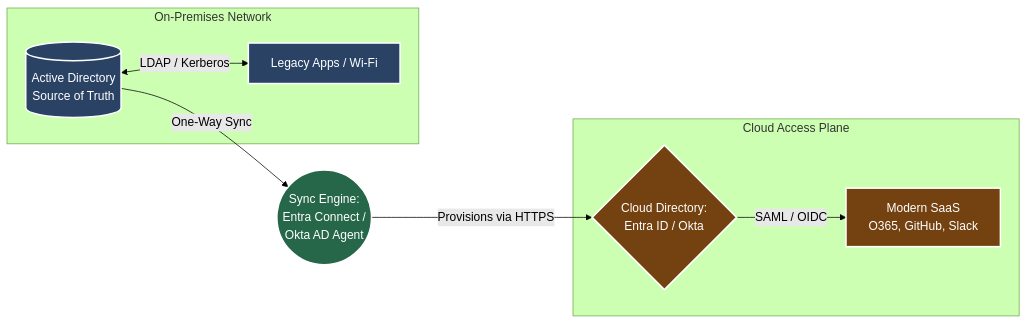
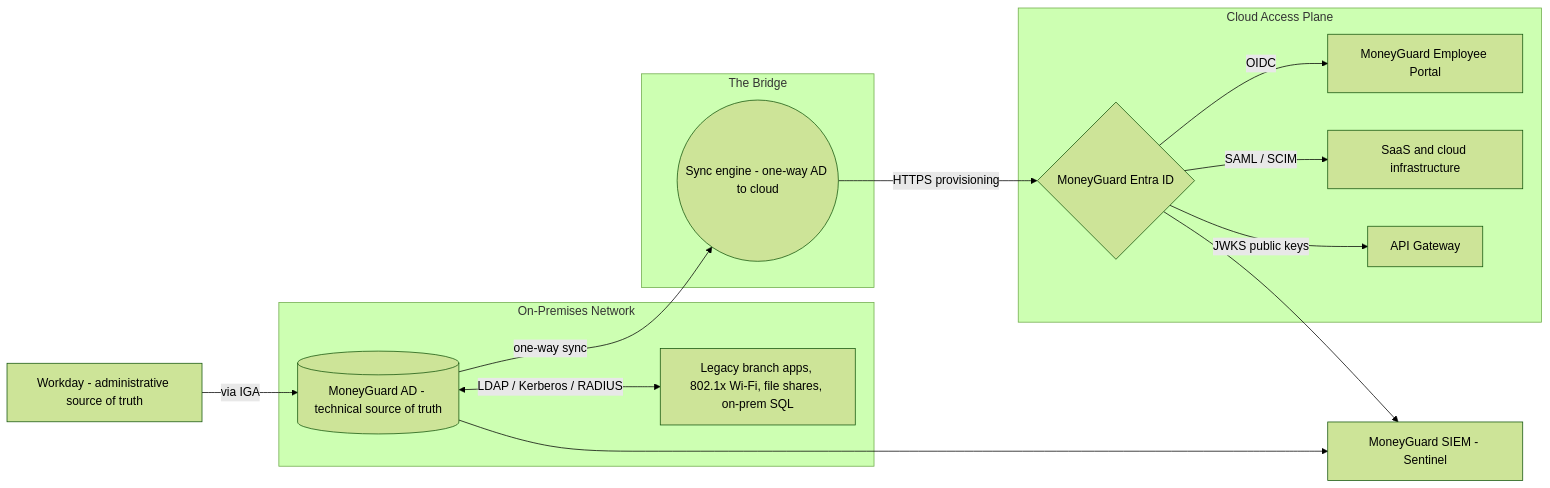
One commit to nirajp82/IdentityAccessManagement_IAM changed the second of 2 diagrams in 01_Core_IAM_Concepts/06_Identity_Repositories.md. Above: the diagram before and after it, drawn with Mermaid (forest theme). The commit also changed other lines of this file and 64 other files, not shown here.

````diff
--- a/01_Core_IAM_Concepts/06_Identity_Repositories.md
+++ b/01_Core_IAM_Concepts/06_Identity_Repositories.md
@@ -5,32 +177,28 @@
 ```mermaid
 graph LR
-    %% On-Prem
-    subgraph On-Premises Network
-        AD[(Active Directory\nSource of Truth)]
-        Legacy[Legacy Apps / Wi-Fi]
+    subgraph OnPrem["On-Premises Network"]
+        AD[(MoneyGuard AD - technical source of truth)]
+        LEGACY[Legacy branch apps, 802.1x Wi-Fi, file shares, on-prem SQL]
     end
 
-    %% Sync Engine
-    Sync((Sync Engine:\nEntra Connect /\nOkta AD Agent))
-
-    %% Cloud
-    subgraph Cloud Access Plane
-        IDP{Cloud Directory:\nEntra ID / Okta}
-        SaaS[Modern SaaS\nO365, GitHub, Slack]
+    subgraph Bridge["The Bridge"]
+        SYNC((Sync engine - one-way AD to cloud))
     end
 
-    %% Connections
-    AD <-->|LDAP / Kerberos| Legacy
-    AD -->|One-Way Sync| Sync
-    Sync -->|Provisions via HTTPS| IDP
-    IDP -->|SAML / OIDC| SaaS
-    
-    classDef onprem fill:#2a4365,stroke:#fff,stroke-width:2px,color:#fff;
-    classDef sync fill:#276749,stroke:#fff,stroke-width:2px,color:#fff;
-    classDef cloud fill:#744210,stroke:#fff,stroke-width:2px,color:#fff;
-    
-    class AD,Legacy onprem;
-    class Sync sync;
-    class IDP,SaaS cloud;
+    subgraph Cloud["Cloud Access Plane"]
+        ENTRA{MoneyGuard Entra ID}
+        PORTAL[MoneyGuard Employee Portal]
+        SAAS[SaaS and cloud infrastructure]
+        GW[API Gateway]
+    end
 
+    HR[Workday - administrative source of truth] -->|via IGA| AD
+    AD <-->|LDAP / Kerberos / RADIUS| LEGACY
+    AD -->|one-way sync| SYNC
+    SYNC -->|HTTPS provisioning| ENTRA
+    ENTRA -->|OIDC| PORTAL
+    ENTRA -->|SAML / SCIM| SAAS
+    ENTRA -->|JWKS public keys| GW
+    ENTRA --> SIEM[MoneyGuard SIEM - Sentinel]
+    AD --> SIEM
 ```
````
